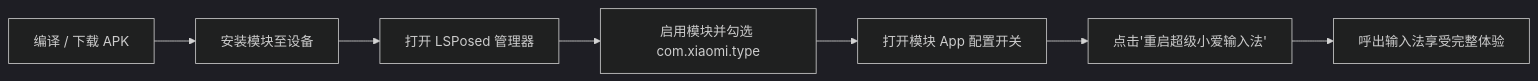
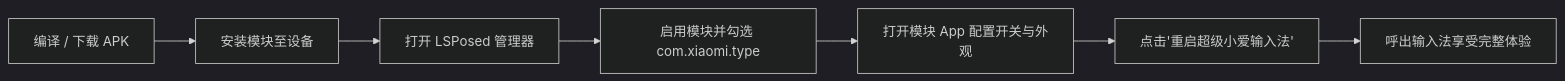
One commit to lm060719/XiaoAiTypeUnblock changed the first of 2 diagrams in README.md. Above: the diagram before and after it, drawn with Mermaid (dark theme). The commit also changed other lines of this file and 9 other files, not shown here.

````diff
--- a/README.md
+++ b/README.md
@@ -65,9 +74,9 @@
 ```mermaid
 flowchart LR
     A[编译 / 下载 APK] --> B[安装模块至设备]
     B --> C[打开 LSPosed 管理器]
     C --> D[启用模块并勾选 com.xiaomi.type]
-    D --> E[打开模块 App 配置开关]
+    D --> E[打开模块 App 配置开关与外观]
     E --> F[点击'重启超级小爱输入法']
     F --> G[呼出输入法享受完整体验]
 ```
````
